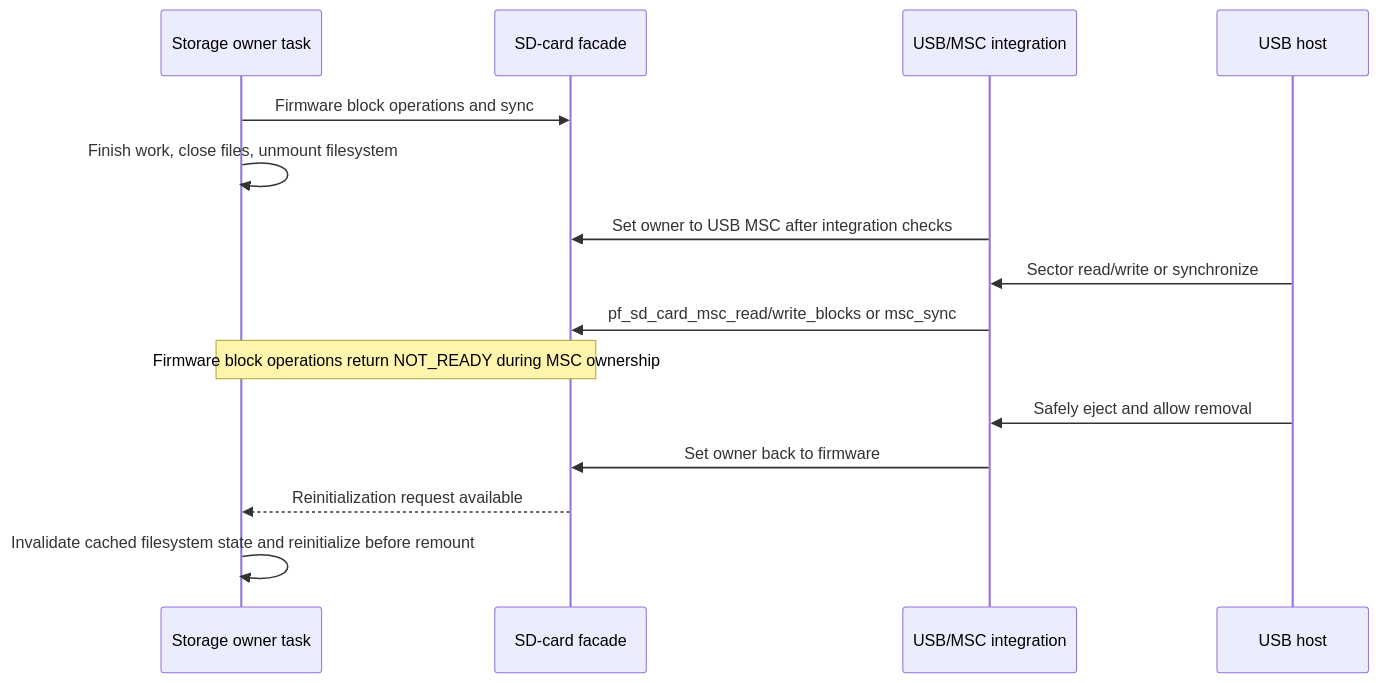
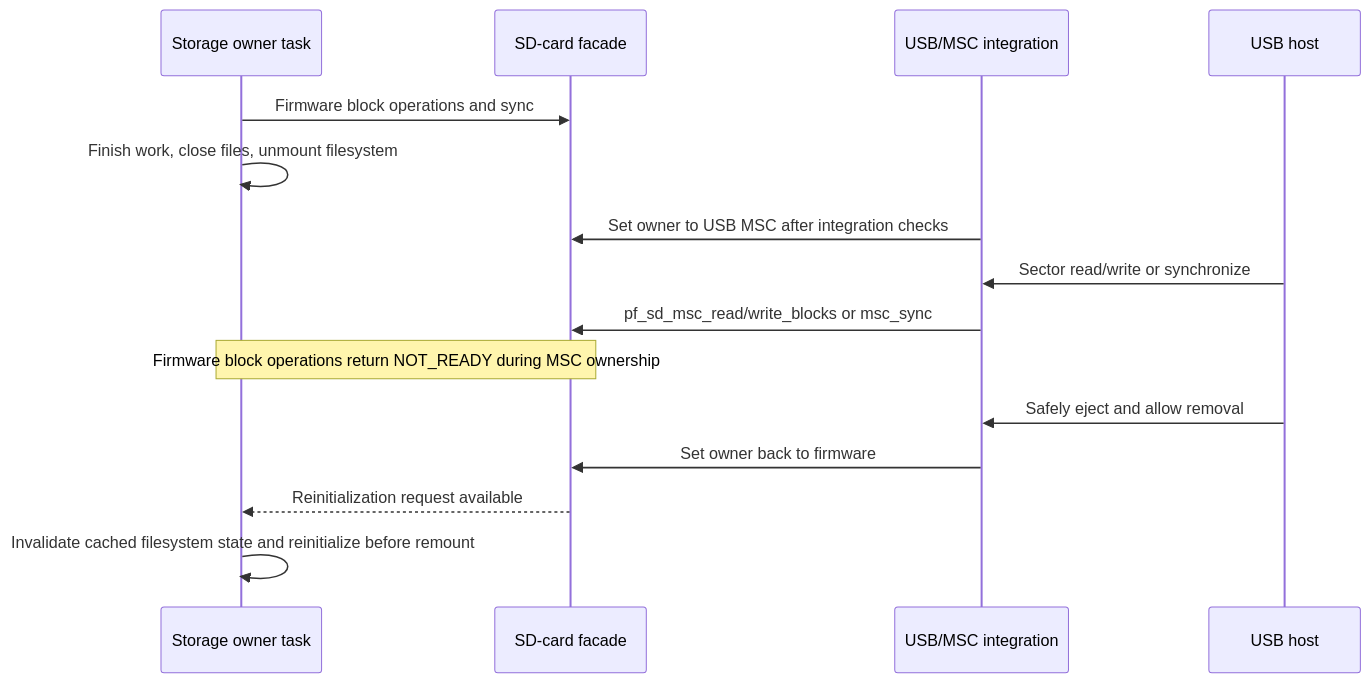
Before and after one commit to djwinter29-oss/PicoForge: the fifth of 5 diagrams in docs/sdcard-design.md, drawn with Mermaid. The commit also changed other lines of this file and 131 other files, not shown here.

````diff
--- a/docs/sdcard-design.md
+++ b/docs/sdcard-design.md
@@ -709,17 +725,17 @@
 ```mermaid
 sequenceDiagram
     participant FW as Storage owner task
     participant Card as SD-card facade
     participant USB as USB/MSC integration
     participant Host as USB host
     FW->>Card: Firmware block operations and sync
     FW->>FW: Finish work, close files, unmount filesystem
     USB->>Card: Set owner to USB MSC after integration checks
     Host->>USB: Sector read/write or synchronize
-    USB->>Card: pf_sd_card_msc_read/write_blocks or msc_sync
+    USB->>Card: pf_sd_msc_read/write_blocks or msc_sync
     Note over FW,Card: Firmware block operations return NOT_READY during MSC ownership
     Host->>USB: Safely eject and allow removal
     USB->>Card: Set owner back to firmware
     Card-->>FW: Reinitialization request available
     FW->>FW: Invalidate cached filesystem state and reinitialize before remount
 ```
````
